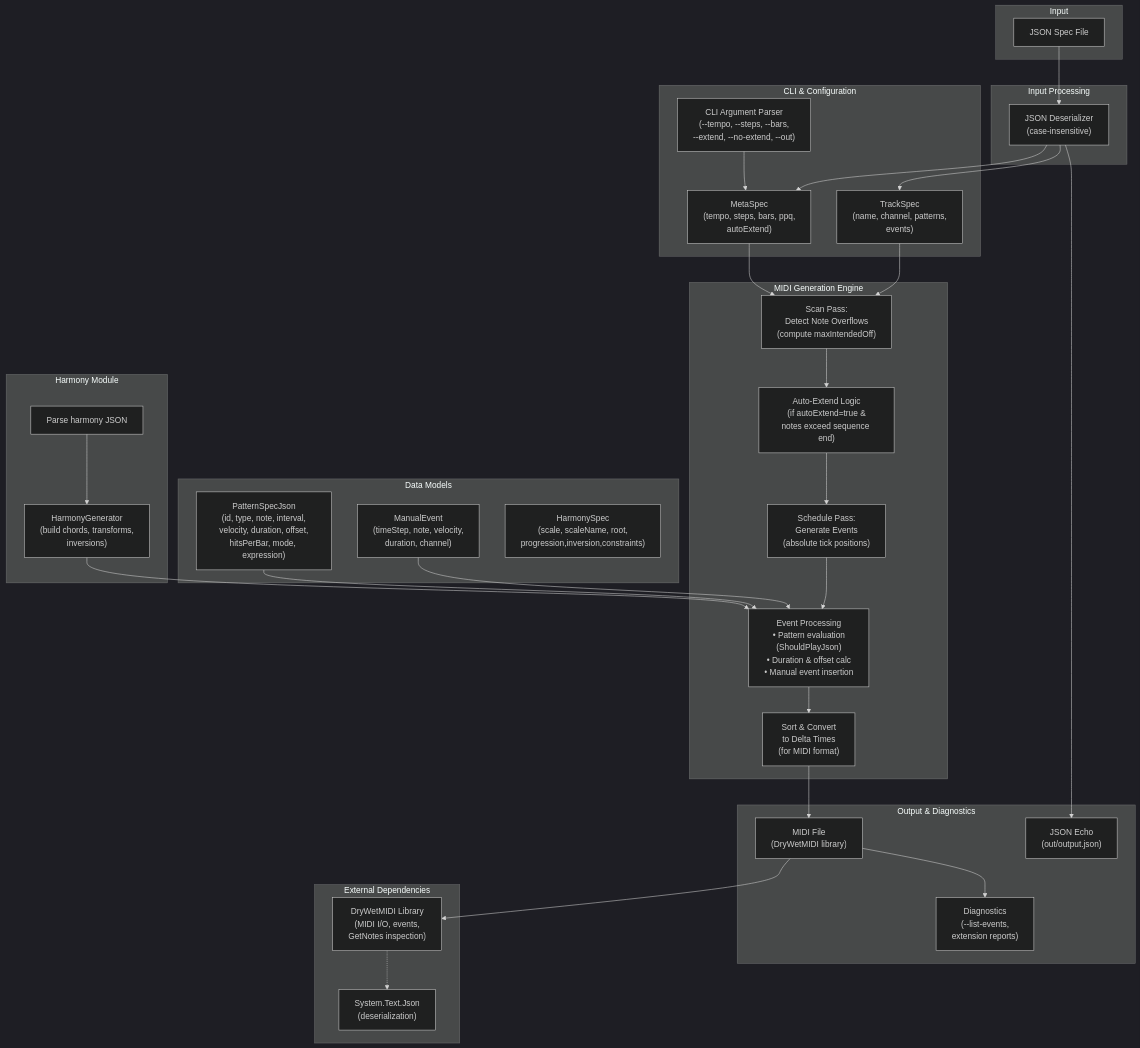
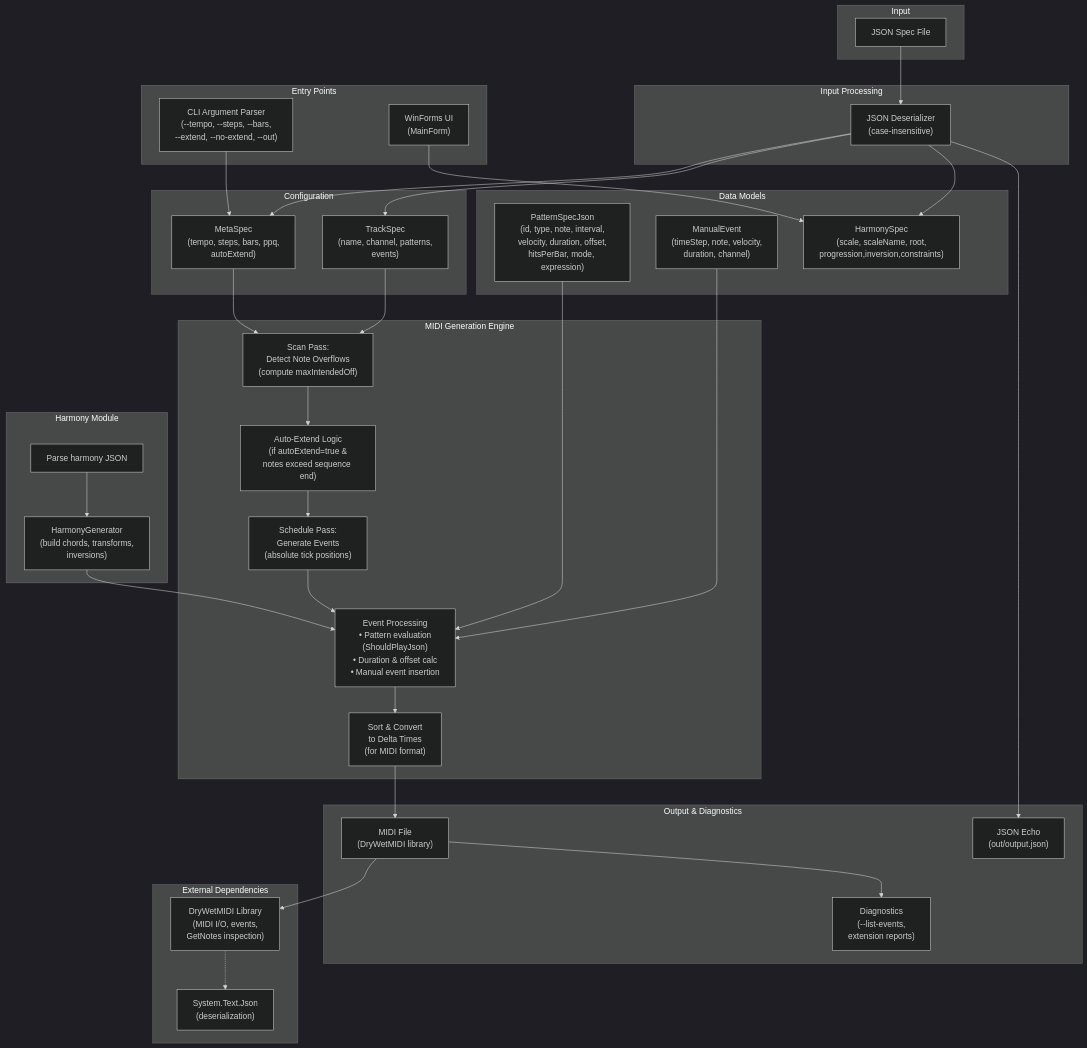
Before and after one commit to JWWade/parametric-midi-sequencer: the diagram in ARCHITECTURE.md, drawn with Mermaid (dark theme). The commit also changed other lines of this file and 1 other file, not shown here.

Commit message:
Update README and architecture docs for UI workflow

````diff
--- a/ARCHITECTURE.md
+++ b/ARCHITECTURE.md
@@ -9,69 +9,75 @@
 ```mermaid
 graph TB
     subgraph Input["Input"]
         JSONFile["JSON Spec File"]
     end
 
     subgraph Parsing["Input Processing"]
         JsonDeserializer["JSON Deserializer<br/>(case-insensitive)"]
     end
 
-    subgraph CLI["CLI & Configuration"]
+    subgraph EntryPoints["Entry Points"]
         CliParser["CLI Argument Parser<br/>(--tempo, --steps, --bars,<br/>--extend, --no-extend, --out)"]
+      UiForm["WinForms UI<br/>(MainForm)"]
+    end
+
+    subgraph CLI["Configuration"]
         MetaSpec["MetaSpec<br/>(tempo, steps, bars, ppq,<br/>autoExtend)"]
         TrackSpec["TrackSpec<br/>(name, channel, patterns,<br/>events)"]
     end
 
     subgraph Models["Data Models"]
         PatternSpecJson["PatternSpecJson<br/>(id, type, note, interval,<br/>velocity, duration, offset,<br/>hitsPerBar, mode, expression)"]
         ManualEvent["ManualEvent<br/>(timeStep, note, velocity,<br/>duration, channel)"]
         HarmonySpec["HarmonySpec<br/>(scale, scaleName, root,<br/>progression,inversion,constraints)"]
     end
 
     subgraph Generator["MIDI Generation Engine"]
         ScanPass["Scan Pass:<br/>Detect Note Overflows<br/>(compute maxIntendedOff)"]
         AutoExtend["Auto-Extend Logic<br/>(if autoExtend=true &<br/>notes exceed sequence end)"]
         SchedulePass["Schedule Pass:<br/>Generate Events<br/>(absolute tick positions)"]
         EventProcessing["Event Processing<br/>• Pattern evaluation<br/>(ShouldPlayJson)<br/>• Duration & offset calc<br/>• Manual event insertion"]
         SortAndConvert["Sort & Convert<br/>to Delta Times<br/>(for MIDI format)"]
     end
 
     subgraph Output["Output & Diagnostics"]
         MidiFile["MIDI File<br/>(DryWetMIDI library)"]
         JsonOutput["JSON Echo<br/>(out/output.json)"]
         Diagnostics["Diagnostics<br/>(--list-events,<br/>extension reports)"]
     end
 
     subgraph Dependencies["External Dependencies"]
         DryWetMidi["DryWetMIDI Library<br/>(MIDI I/O, events,<br/>GetNotes inspection)"]
         SystemJson["System.Text.Json<br/>(deserialization)"]
     end
 
     JSONFile --> JsonDeserializer
     JsonDeserializer --> MetaSpec
     JsonDeserializer --> TrackSpec
+    JsonDeserializer --> HarmonySpec
     CliParser --> MetaSpec
+    UiForm --> HarmonySpec
     
     MetaSpec --> ScanPass
     TrackSpec --> ScanPass
     PatternSpecJson --> EventProcessing
     ManualEvent --> EventProcessing
     
     ScanPass --> AutoExtend
     AutoExtend --> SchedulePass
     SchedulePass --> EventProcessing
     EventProcessing --> SortAndConvert
     SortAndConvert --> MidiFile
 
     subgraph Harmony["Harmony Module"]
         HarmonyJson["Parse harmony JSON"]
         HarmonyGenerator["HarmonyGenerator<br/>(build chords, transforms,<br/>inversions)"]
     end
     HarmonyJson --> HarmonyGenerator
     HarmonyGenerator --> EventProcessing
     
     MidiFile --> DryWetMidi
     JsonDeserializer --> JsonOutput
     MidiFile --> Diagnostics
     DryWetMidi -.-> SystemJson
 ```
````
